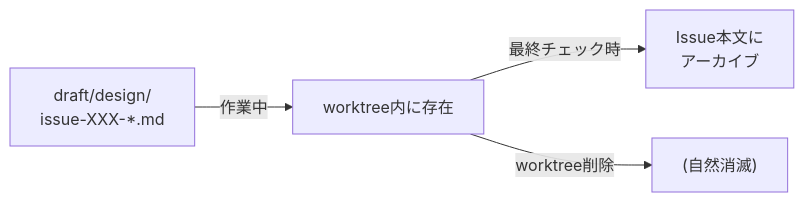
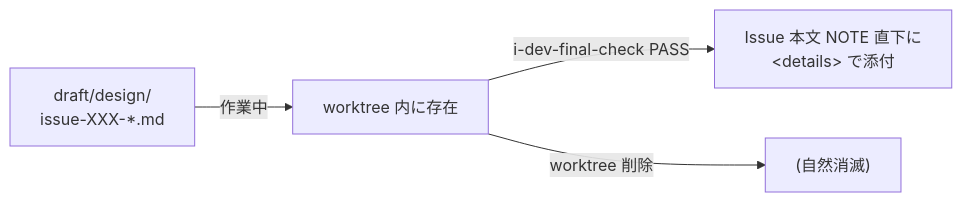
The second of 2 diagrams in docs/dev/development_workflow.md (apokamo/kaji), drawn with Mermaid before and after one commit. The commit also changed other lines of this file and 16 other files, not shown here.

First line of the commit message:
refactor: migrate final-check / docs workflow / i-pr skills to kamo2 version for #148

````diff
--- a/docs/dev/development_workflow.md
+++ b/docs/dev/development_workflow.md
@@ -201,6 +149,6 @@
 ```mermaid
 flowchart LR
-    A["draft/design/<br/>issue-XXX-*.md"] -->|作業中| B["worktree内に存在"]
-    B -->|最終チェック時| C["Issue本文に<br/>アーカイブ"]
-    B -->|worktree削除| D["(自然消滅)"]
+    A["draft/design/<br/>issue-XXX-*.md"] -->|作業中| B["worktree 内に存在"]
+    B -->|i-dev-final-check PASS| C["Issue 本文 NOTE 直下に<br/>&lt;details&gt; で添付"]
+    B -->|worktree 削除| D["(自然消滅)"]
 ```
````
